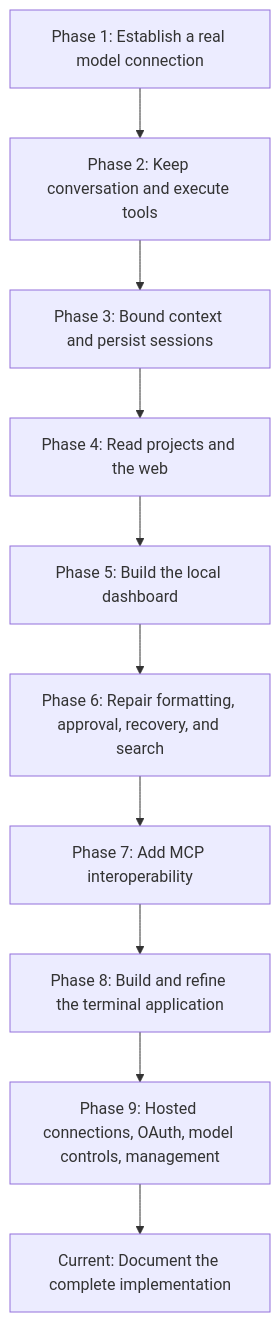
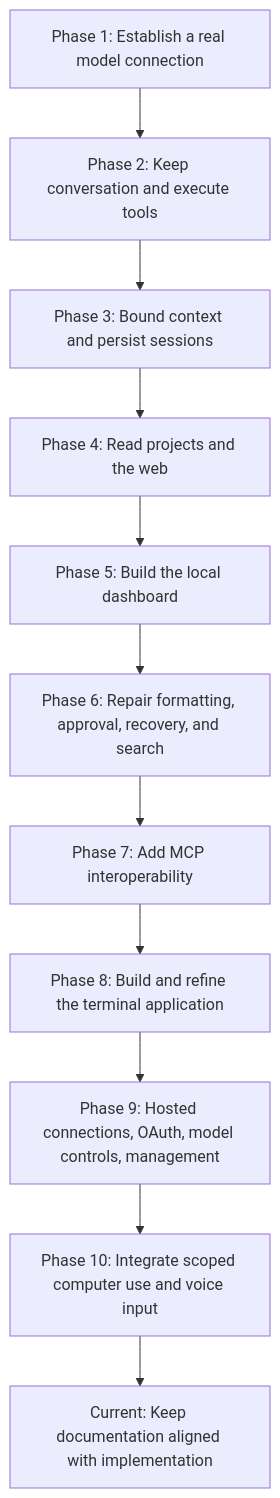
One commit to MetalCloth/mini-hermes changed the second of 2 diagrams in src/docs/01-history-and-foundations.md. Above: the diagram before and after it, drawn with Mermaid. The commit also changed other lines of this file and 3 other files, not shown here.

````diff
--- a/src/docs/01-history-and-foundations.md
+++ b/src/docs/01-history-and-foundations.md
@@ -87,12 +95,13 @@
 ```mermaid
 flowchart TD
     A["Phase 1: Establish a real model connection"] --> B["Phase 2: Keep conversation and execute tools"]
     B --> C["Phase 3: Bound context and persist sessions"]
     C --> D["Phase 4: Read projects and the web"]
     D --> E["Phase 5: Build the local dashboard"]
     E --> F["Phase 6: Repair formatting, approval, recovery, and search"]
     F --> G["Phase 7: Add MCP interoperability"]
     G --> H["Phase 8: Build and refine the terminal application"]
     H --> I["Phase 9: Hosted connections, OAuth, model controls, management"]
-    I --> J["Current: Document the complete implementation"]
+    I --> J["Phase 10: Integrate scoped computer use and voice input"]
+    J --> K["Current: Keep documentation aligned with implementation"]
 ```
````
